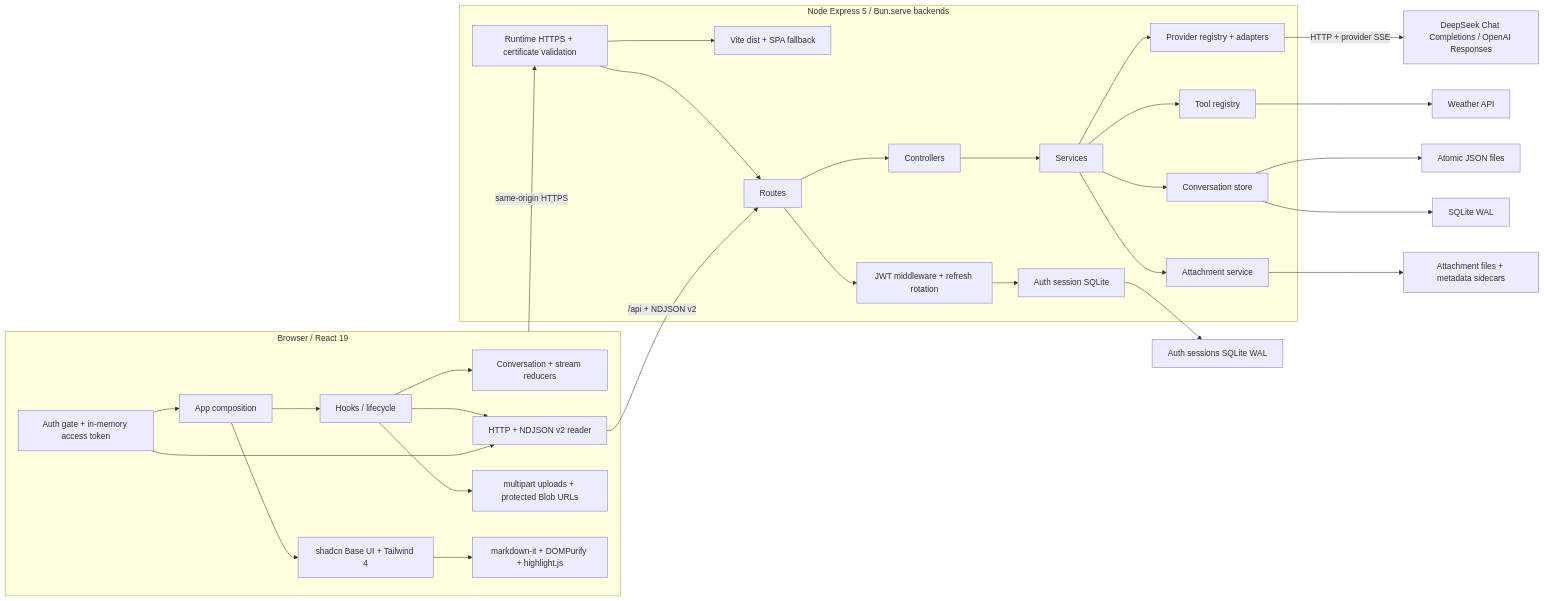
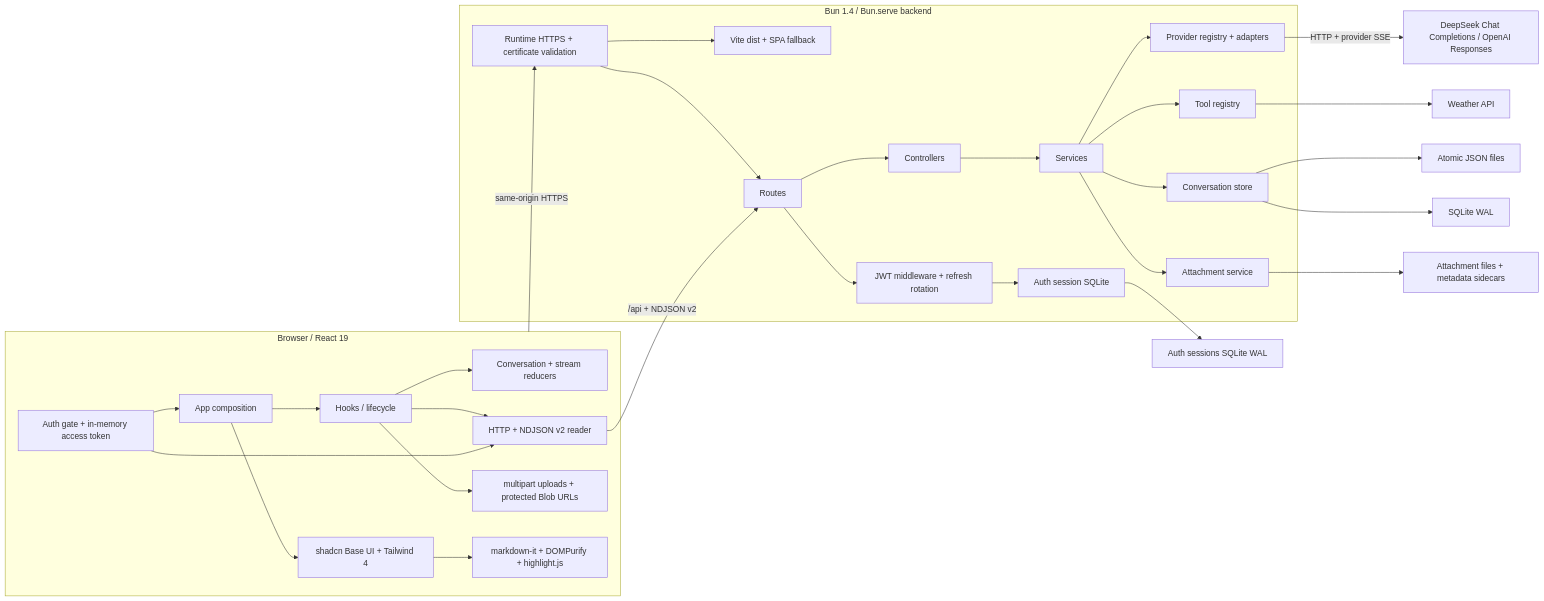
One commit to imingsmings/chatbot-dev changed the first of 9 diagrams in docs/architecture.md. Above: the diagram before and after it, drawn with Mermaid. The commit also changed other lines of this file and 158 other files, not shown here.

````diff
--- a/docs/architecture.md
+++ b/docs/architecture.md
@@ -7,51 +7,51 @@
 ```mermaid
 flowchart LR
   subgraph Browser["Browser / React 19"]
     App["App composition"]
     UI["shadcn Base UI + Tailwind 4"]
     Hooks["Hooks / lifecycle"]
     Reducers["Conversation + stream reducers"]
     ClientAPI["HTTP + NDJSON v2 reader"]
     Uploads["multipart uploads + protected Blob URLs"]
     AuthClient["Auth gate + in-memory access token"]
     Markdown["markdown-it + DOMPurify + highlight.js"]
     App --> UI
     App --> Hooks
     Hooks --> Reducers
     Hooks --> ClientAPI
     Hooks --> Uploads
     AuthClient --> App
     AuthClient --> ClientAPI
     UI --> Markdown
   end
 
-  subgraph Server["Node Express 5 / Bun.serve backends"]
+  subgraph Server["Bun 1.4 / Bun.serve backend"]
     TLS["Runtime HTTPS + certificate validation"]
     Static["Vite dist + SPA fallback"]
     Routes["Routes"] --> Controllers["Controllers"] --> Services["Services"]
     Routes --> Auth["JWT middleware + refresh rotation"]
     Services --> LLM["Provider registry + adapters"]
     Services --> Tools["Tool registry"]
     Services --> Store["Conversation store"]
     Services --> AttachmentStore["Attachment service"]
     Auth --> AuthStore["Auth session SQLite"]
     TLS --> Static
     TLS --> Routes
   end
 
   Providers["DeepSeek Chat Completions / OpenAI Responses"]
   Weather["Weather API"]
   Files["Atomic JSON files"]
   SQLite["SQLite WAL"]
   SessionDB["Auth sessions SQLite WAL"]
   AttachmentFiles["Attachment files + metadata sidecars"]
 
   Browser -->|"same-origin HTTPS"| TLS
   ClientAPI -->|"/api + NDJSON v2"| Routes
   LLM -->|"HTTP + provider SSE"| Providers
   Tools --> Weather
   Store --> Files
   Store --> SQLite
   AttachmentStore --> AttachmentFiles
   AuthStore --> SessionDB
 ```
````
